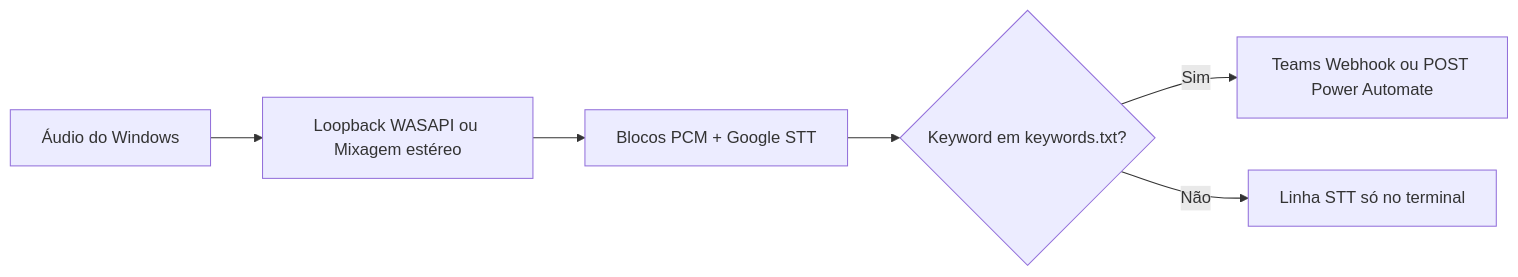
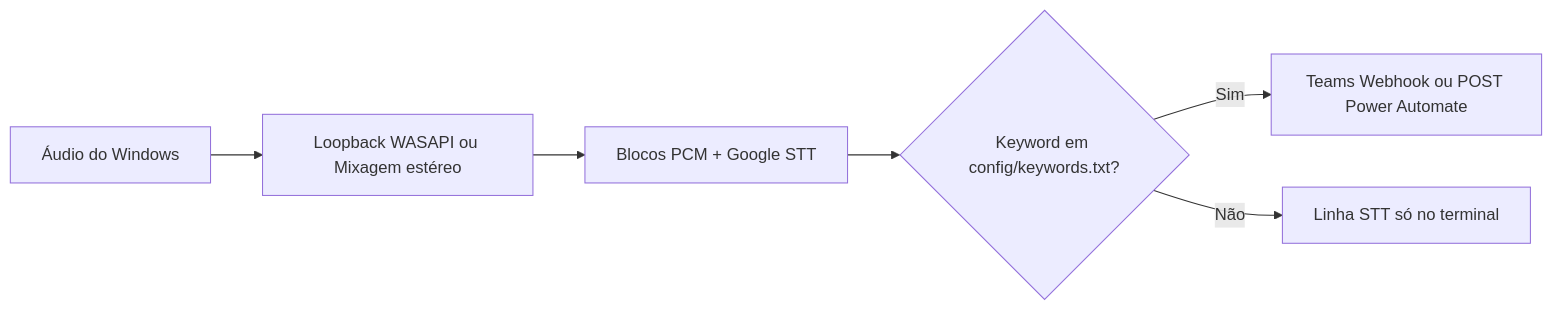
Before and after one commit to CanaCruz/Local-Audio-Keyword-Monitor-for-Microsoft-Teams-experimental-: the diagram in README.md, drawn with Mermaid. The commit also changed other lines of this file and 5 other files, not shown here.

````diff
--- a/README.md
+++ b/README.md
@@ -34,8 +58,8 @@
 ```mermaid
 flowchart LR
   A[Áudio do Windows] --> B[Loopback WASAPI ou Mixagem estéreo]
   B --> C[Blocos PCM + Google STT]
-  C --> D{Keyword em keywords.txt?}
+  C --> D{Keyword em config/keywords.txt?}
   D -->|Sim| E[Teams Webhook ou POST Power Automate]
   D -->|Não| F[Linha STT só no terminal]
 ```
````
